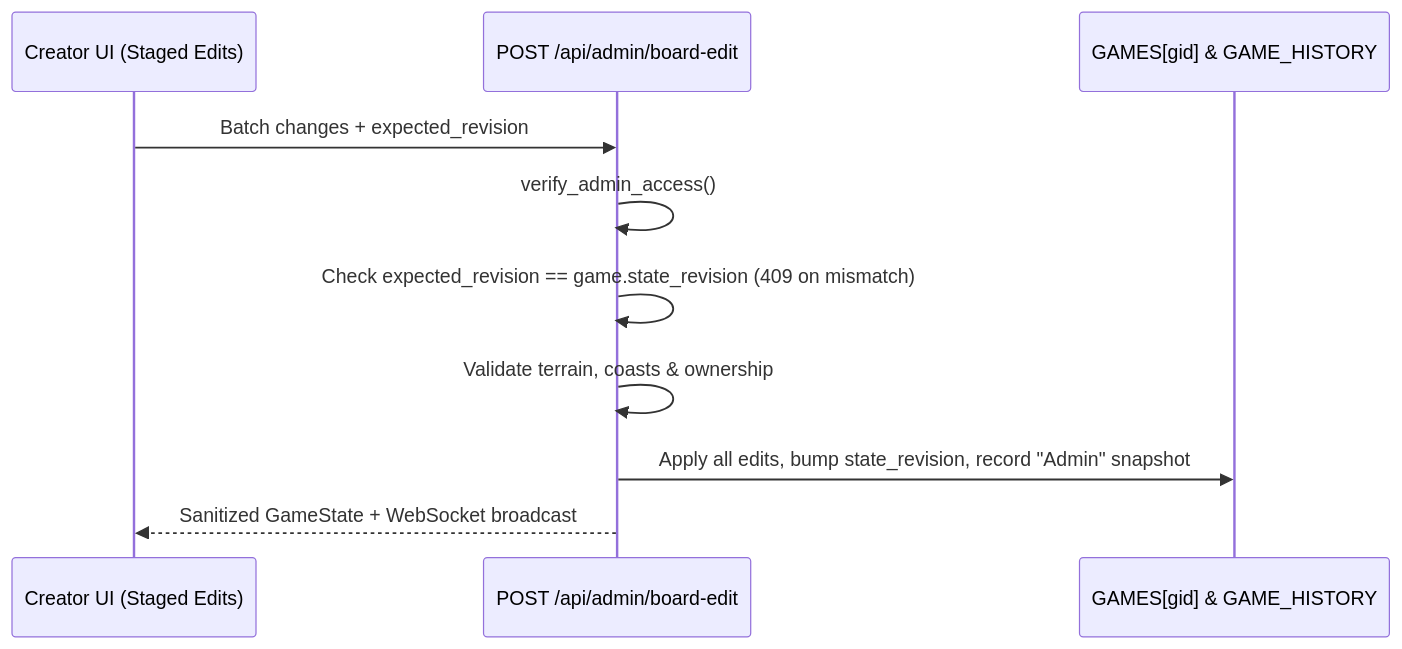
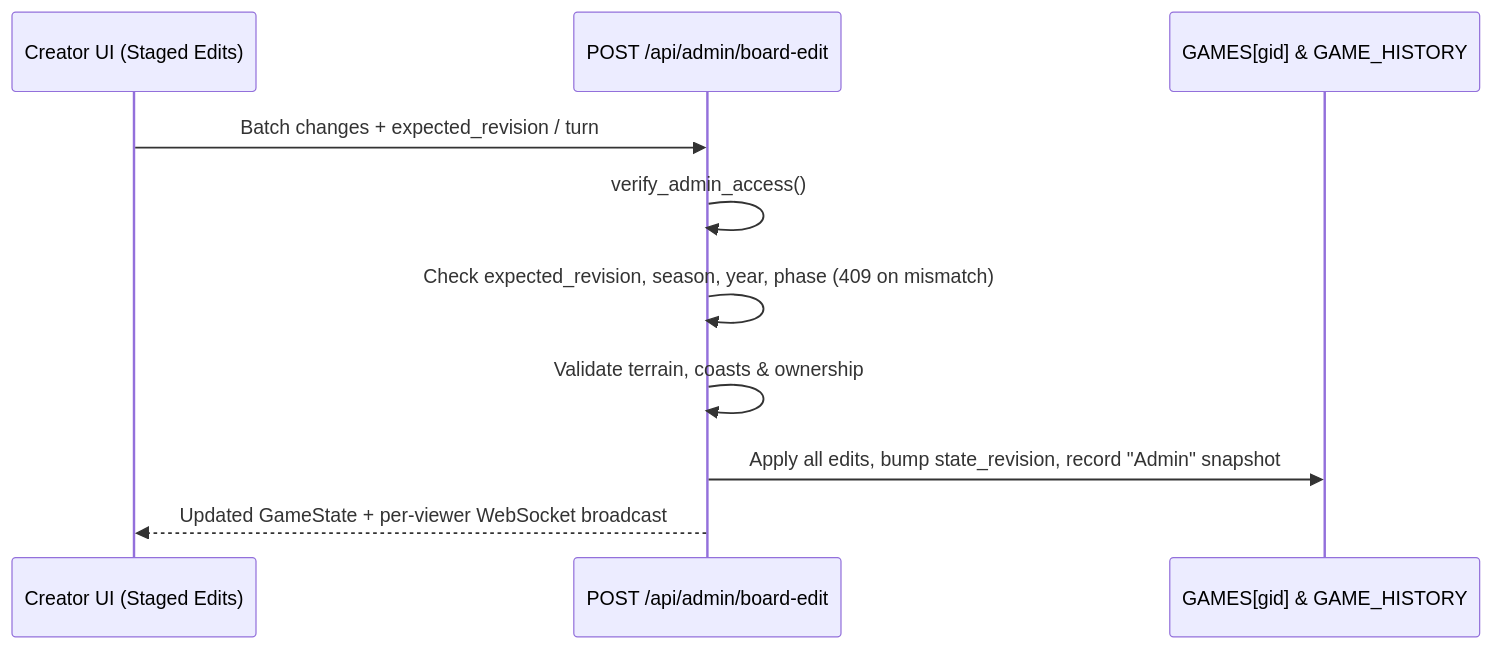
The diagram in docs/features/admin-and-creator-controls.md (mjyousif/sloplomacy), drawn with Mermaid before and after one commit. The commit also changed other lines of this file and 12 other files, not shown here.

````diff
--- a/docs/features/admin-and-creator-controls.md
+++ b/docs/features/admin-and-creator-controls.md
@@ -39,13 +39,13 @@
 ```mermaid
 sequenceDiagram
     participant Host as Creator UI (Staged Edits)
     participant API as POST /api/admin/board-edit
     participant Store as GAMES[gid] & GAME_HISTORY
 
-    Host->>API: Batch changes + expected_revision
+    Host->>API: Batch changes + expected_revision / turn
     API->>API: verify_admin_access()
-    API->>API: Check expected_revision == game.state_revision (409 on mismatch)
+    API->>API: Check expected_revision, season, year, phase (409 on mismatch)
     API->>API: Validate terrain, coasts & ownership
     API->>Store: Apply all edits, bump state_revision, record "Admin" snapshot
-    API-->>Host: Sanitized GameState + WebSocket broadcast
+    API-->>Host: Updated GameState + per-viewer WebSocket broadcast
 ```
````
